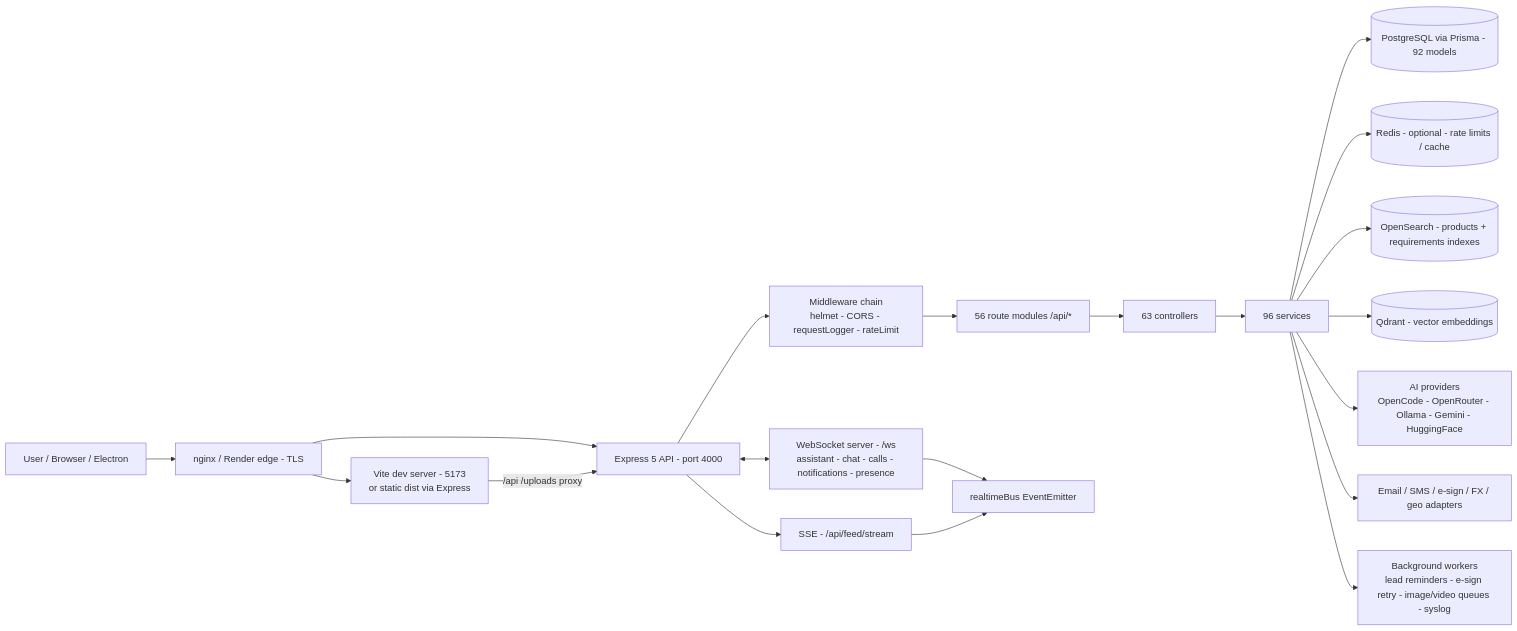
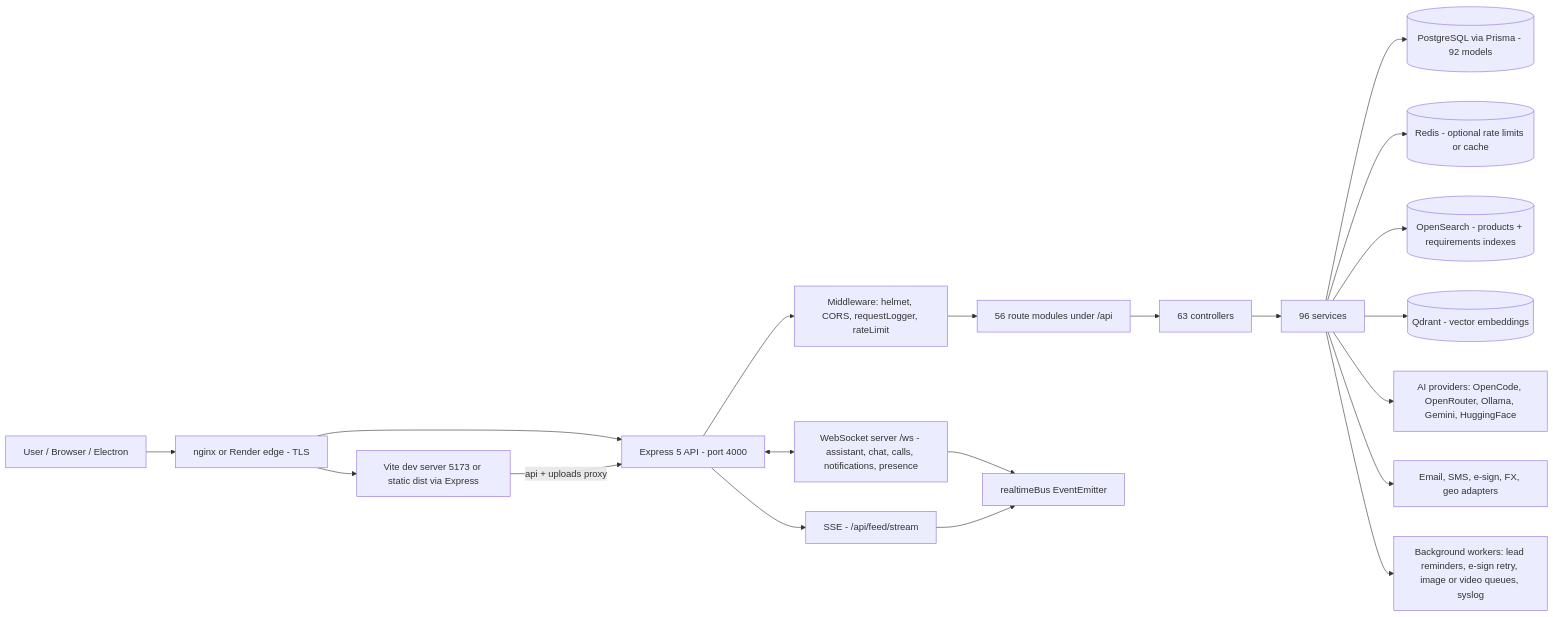
The first of 3 diagrams in README.md (gamertoky1188gro/A-Peronson-s-Website), drawn with Mermaid before and after one commit.

Commit message:
fix: simplify architecture mermaid diagram for GitHub compatibility

````diff
--- a/README.md
+++ b/README.md
@@ -136,25 +136,25 @@
 ```mermaid
 flowchart LR
-    U[User / Browser / Electron] --> N[nginx / Render edge - TLS]
-    N --> V[Vite dev server - 5173<br/>or static dist via Express]
+    U[User / Browser / Electron] --> N[nginx or Render edge - TLS]
+    N --> V[Vite dev server 5173 or static dist via Express]
     N --> E[Express 5 API - port 4000]
-    V -->|"/api /uploads proxy"| E
+    V -->|api + uploads proxy| E
 
-    E --> M[Middleware chain<br/>helmet - CORS - requestLogger - rateLimit]
-    M --> R[56 route modules /api/*]
+    E --> M[Middleware: helmet, CORS, requestLogger, rateLimit]
+    M --> R[56 route modules under /api]
     R --> C[63 controllers]
     C --> S[96 services]
     S --> P[(PostgreSQL via Prisma - 92 models)]
-    S --> RED[(Redis - optional - rate limits / cache)]
+    S --> RED[(Redis - optional rate limits or cache)]
     S --> OS[(OpenSearch - products + requirements indexes)]
     S --> QD[(Qdrant - vector embeddings)]
-    S --> AI[AI providers<br/>OpenCode - OpenRouter - Ollama - Gemini - HuggingFace]
-    S --> EM[Email / SMS / e-sign / FX / geo adapters]
+    S --> AI[AI providers: OpenCode, OpenRouter, Ollama, Gemini, HuggingFace]
+    S --> EM[Email, SMS, e-sign, FX, geo adapters]
 
-    E <--> W[WebSocket server - /ws<br/>assistant - chat - calls - notifications - presence]
+    E <--> W[WebSocket server /ws - assistant, chat, calls, notifications, presence]
     E --> SSE[SSE - /api/feed/stream]
     W --> BUS[realtimeBus EventEmitter]
     SSE --> BUS
 
-    S --> WORK[Background workers<br/>lead reminders - e-sign retry - image/video queues - syslog]
+    S --> WORK[Background workers: lead reminders, e-sign retry, image or video queues, syslog]
 ```
````
